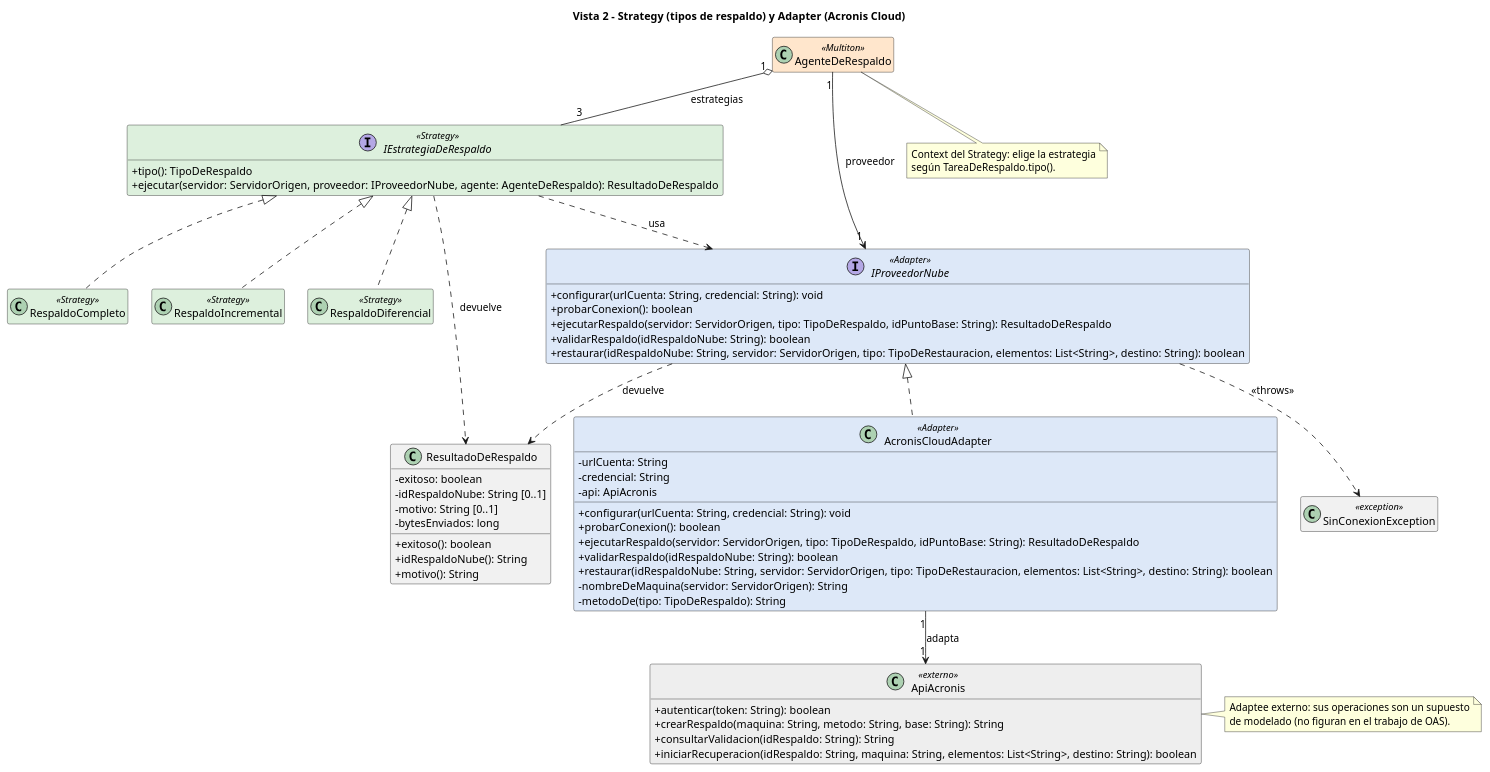
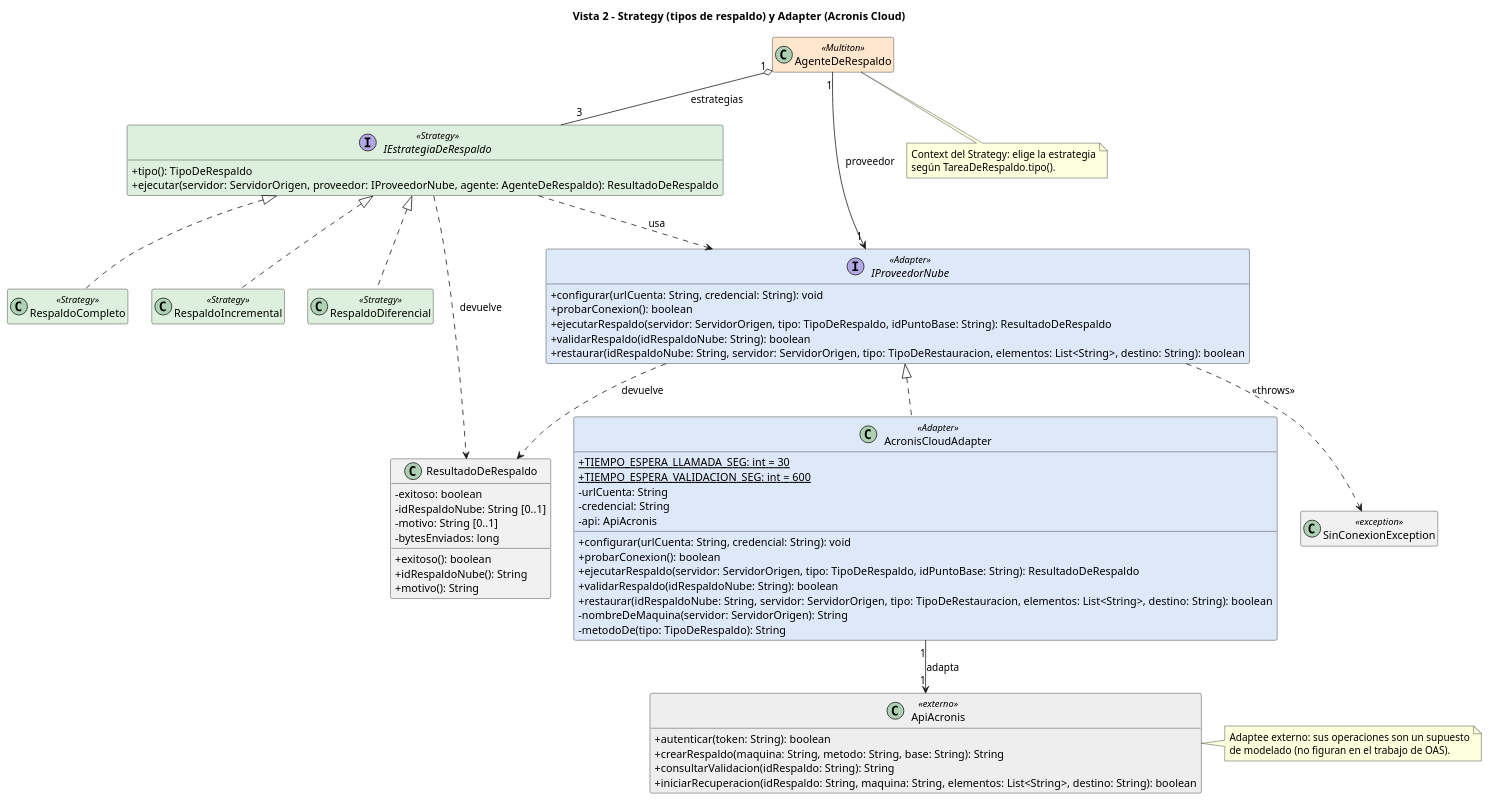
Before and after one commit to Julito-Art/ModelacionGruipo17: the diagram in diagramas/06-clases-strategy-adapter.puml, drawn with PlantUML. The commit also changed 11 other files, not shown here.

Commit message:
cambio en los diagramas

```diff
--- a/diagramas/06-clases-strategy-adapter.puml
+++ b/diagramas/06-clases-strategy-adapter.puml
@@ -1,78 +1,80 @@
 @startuml 06-clases-strategy-adapter
 title Vista 2 – Strategy (tipos de respaldo) y Adapter (Acronis Cloud)
 skinparam shadowing false
 skinparam defaultFontName Arial
 skinparam classAttributeIconSize 0
 skinparam nodesep 30
 skinparam ranksep 50
 skinparam class {
   BackgroundColor<<Singleton>> #FFE6CC
   BackgroundColor<<Multiton>> #FFE6CC
   BackgroundColor<<Strategy>> #DDF0DD
   BackgroundColor<<Adapter>> #DDE8F8
   BackgroundColor<<externo>> #EEEEEE
 }
 hide empty members
 interface IEstrategiaDeRespaldo <<Strategy>> {
   + tipo(): TipoDeRespaldo
   + ejecutar(servidor: ServidorOrigen, proveedor: IProveedorNube, agente: AgenteDeRespaldo): ResultadoDeRespaldo
 }
 class RespaldoCompleto <<Strategy>>
 class RespaldoIncremental <<Strategy>>
 class RespaldoDiferencial <<Strategy>>
 class ResultadoDeRespaldo {
   - exitoso: boolean
   - idRespaldoNube: String [0..1]
   - motivo: String [0..1]
   - bytesEnviados: long
   + exitoso(): boolean
   + idRespaldoNube(): String
   + motivo(): String
 }
 interface IProveedorNube <<Adapter>> {
   + configurar(urlCuenta: String, credencial: String): void
   + probarConexion(): boolean
   + ejecutarRespaldo(servidor: ServidorOrigen, tipo: TipoDeRespaldo, idPuntoBase: String): ResultadoDeRespaldo
   + validarRespaldo(idRespaldoNube: String): boolean
   + restaurar(idRespaldoNube: String, servidor: ServidorOrigen, tipo: TipoDeRestauracion, elementos: List<String>, destino: String): boolean
 }
 class AcronisCloudAdapter <<Adapter>> {
+  + {static} TIEMPO_ESPERA_LLAMADA_SEG: int = 30
+  + {static} TIEMPO_ESPERA_VALIDACION_SEG: int = 600
   - urlCuenta: String
   - credencial: String
   - api: ApiAcronis
   + configurar(urlCuenta: String, credencial: String): void
   + probarConexion(): boolean
   + ejecutarRespaldo(servidor: ServidorOrigen, tipo: TipoDeRespaldo, idPuntoBase: String): ResultadoDeRespaldo
   + validarRespaldo(idRespaldoNube: String): boolean
   + restaurar(idRespaldoNube: String, servidor: ServidorOrigen, tipo: TipoDeRestauracion, elementos: List<String>, destino: String): boolean
   - nombreDeMaquina(servidor: ServidorOrigen): String
   - metodoDe(tipo: TipoDeRespaldo): String
 }
 class ApiAcronis <<externo>> {
   + autenticar(token: String): boolean
   + crearRespaldo(maquina: String, metodo: String, base: String): String
   + consultarValidacion(idRespaldo: String): String
   + iniciarRecuperacion(idRespaldo: String, maquina: String, elementos: List<String>, destino: String): boolean
 }
 class SinConexionException <<exception>>
 class AgenteDeRespaldo <<Multiton>>
 IEstrategiaDeRespaldo <|.. RespaldoCompleto
 IEstrategiaDeRespaldo <|.. RespaldoIncremental
 IEstrategiaDeRespaldo <|.. RespaldoDiferencial
 IProveedorNube <|.. AcronisCloudAdapter
 AgenteDeRespaldo "1" --> "1" IProveedorNube : proveedor
 AgenteDeRespaldo "1" o-- "3" IEstrategiaDeRespaldo : estrategias
 AcronisCloudAdapter "1" --> "1" ApiAcronis : adapta
 IEstrategiaDeRespaldo ..> IProveedorNube : usa
 IEstrategiaDeRespaldo ..> ResultadoDeRespaldo : devuelve
 IProveedorNube ..> ResultadoDeRespaldo : devuelve
 IProveedorNube ..> SinConexionException : <<throws>>
 note right of ApiAcronis
   Adaptee externo: sus operaciones son un supuesto
   de modelado (no figuran en el trabajo de OAS).
 end note
 note bottom of AgenteDeRespaldo
   Context del Strategy: elige la estrategia
   según TareaDeRespaldo.tipo().
 end note
 @enduml
```
